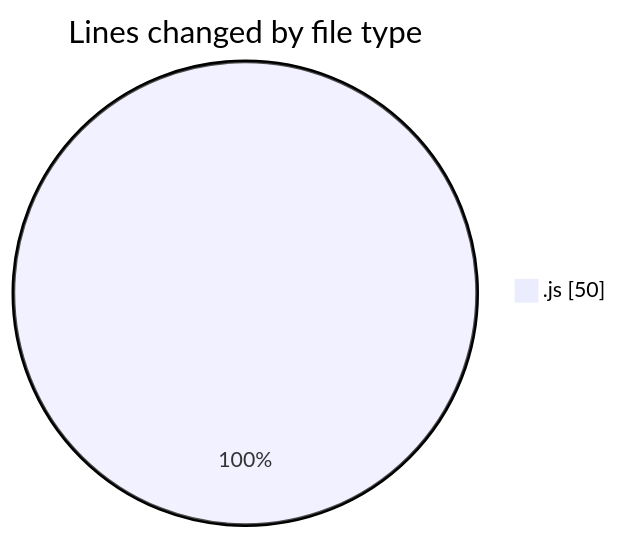
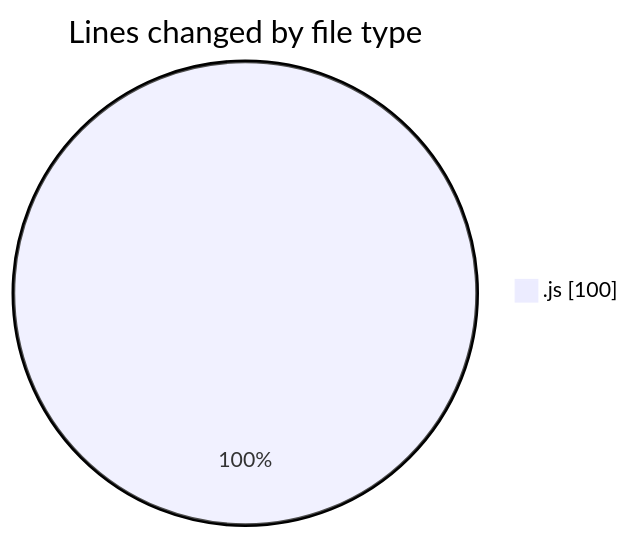
One commit to BS-eng2023/code-tracking changed the first of 2 diagrams in 2025-03-23/aufgabe_250321/README.md. Above: the diagram before and after it, drawn with Mermaid. The commit also changed other lines of this file and 1 other file, not shown here.

````diff
--- a/2025-03-23/aufgabe_250321/README.md
+++ b/2025-03-23/aufgabe_250321/README.md
@@ -20,5 +21,5 @@
 ```mermaid
 pie showData
 title Lines changed by file type
-".js" : 50
+".js" : 100
 ```
````
